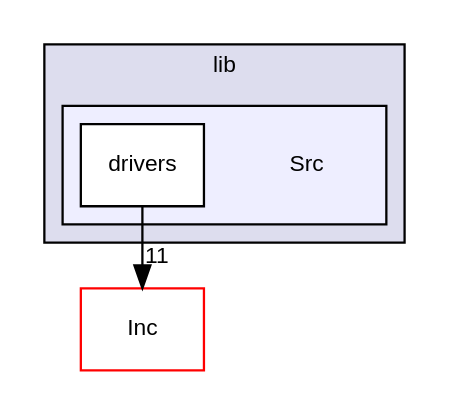
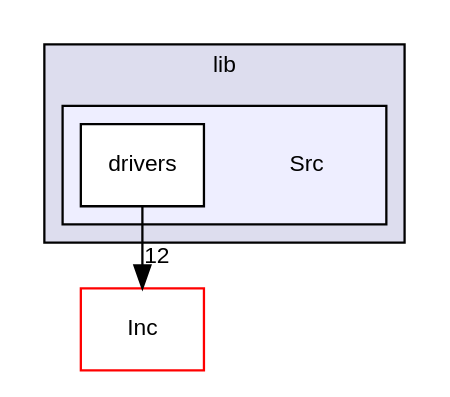
Before and after one commit to RoboJackets/robocup-firmware: the diagram in dir_e9c6d8553f950e4cdb30b7b097603f77_dep.dot, drawn with Graphviz. The commit also changed 654 other files, not shown here.

```diff
--- a/dir_e9c6d8553f950e4cdb30b7b097603f77_dep.dot
+++ b/dir_e9c6d8553f950e4cdb30b7b097603f77_dep.dot
@@ -1,15 +1,15 @@
 digraph "/home/developer/robocup-firmware/robot/lib/Src" {
   compound=true
   node [ fontsize="10", fontname="Helvetica"];
   edge [ labelfontsize="10", labelfontname="Helvetica"];
   subgraph clusterdir_bce75092e74c8e5afefc19c24a06f395 {
     graph [ bgcolor="#ddddee", pencolor="black", label="lib" fontname="Helvetica", fontsize="10", URL="dir_bce75092e74c8e5afefc19c24a06f395.html"]
   subgraph clusterdir_e9c6d8553f950e4cdb30b7b097603f77 {
     graph [ bgcolor="#eeeeff", pencolor="black", label="" URL="dir_e9c6d8553f950e4cdb30b7b097603f77.html"];
     dir_e9c6d8553f950e4cdb30b7b097603f77 [shape=plaintext label="Src"];
     dir_265a2794f923e04fa084582d58cb6f83 [shape=box label="drivers" color="black" fillcolor="white" style="filled" URL="dir_265a2794f923e04fa084582d58cb6f83.html"];
   }
   }
   dir_a894177cf49d69402f578056eb4872c3 [shape=box label="Inc" fillcolor="white" style="filled" color="red" URL="dir_a894177cf49d69402f578056eb4872c3.html"];
-  dir_265a2794f923e04fa084582d58cb6f83->dir_a894177cf49d69402f578056eb4872c3 [headlabel="11", labeldistance=1.5 headhref="dir_000024_000014.html"];
+  dir_265a2794f923e04fa084582d58cb6f83->dir_a894177cf49d69402f578056eb4872c3 [headlabel="12", labeldistance=1.5 headhref="dir_000024_000014.html"];
 }
```
